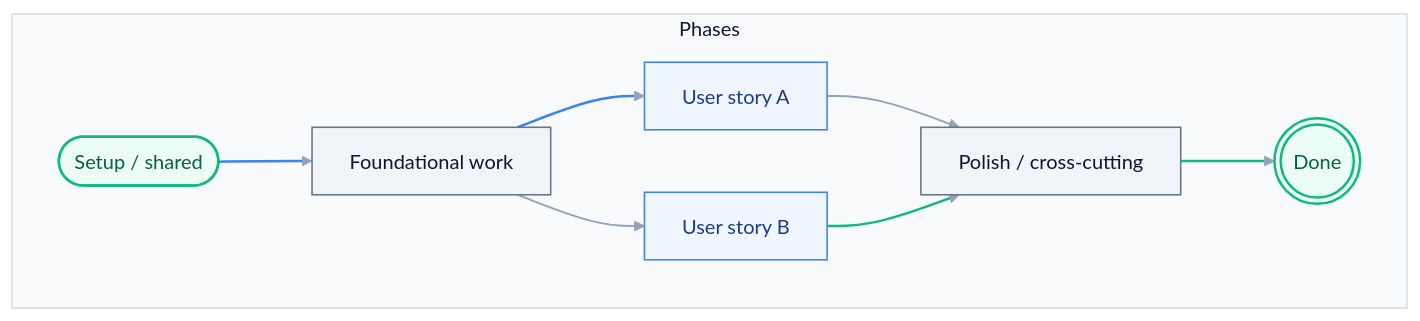
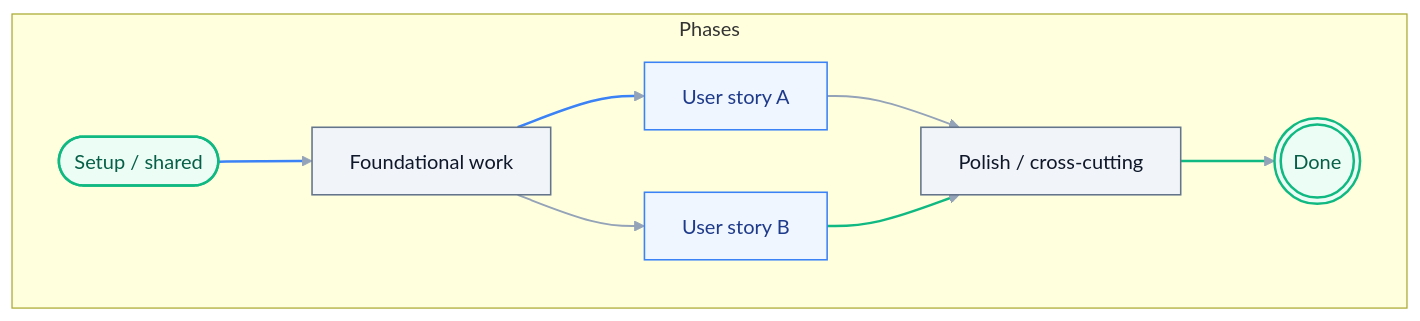
One commit to DanielaRosenn/uiplan-agent-of-agents changed the diagram in templates/uiplan/_tasks-template.md. Above: the diagram before and after it, drawn with Mermaid. The commit also changed 5 other files, not shown here.

First line of the commit message:
uiplan: improve mermaid preview defaults

````diff
--- a/templates/uiplan/_tasks-template.md
+++ b/templates/uiplan/_tasks-template.md
@@ -112,27 +112,26 @@
 ```mermaid
-%%{init: {'theme':'base','themeVariables':{'primaryColor':'#E2E8F0','primaryTextColor':'#0F172A','primaryBorderColor':'#94A3B8','lineColor':'#94A3B8','secondaryColor':'#F1F5F9','tertiaryColor':'#F8FAFC','background':'#FFFFFF','clusterBkg':'#F8FAFC','clusterBorder':'#CBD5E1','titleColor':'#0F172A','edgeLabelBackground':'#FFFFFF','fontFamily':'Inter, ui-sans-serif, system-ui'}}}%%
 flowchart TD
   subgraph Phases["Phases"]
     Setup([Setup / shared]):::start
     Foundation[Foundational work]:::process
     StoryA[User story A]:::service
     StoryB[User story B]:::service
     Polish[Polish / cross-cutting]:::process
     Done(((Done))):::endOk
   end
   Setup --> Foundation
   Foundation --> StoryA
   Foundation --> StoryB
   StoryA --> Polish
   StoryB --> Polish
   Polish --> Done
 
   classDef start    fill:#ECFDF5,stroke:#10B981,color:#065F46,stroke-width:2px
   classDef endOk    fill:#ECFDF5,stroke:#10B981,color:#065F46,stroke-width:2px
   classDef process  fill:#F1F5F9,stroke:#64748B,color:#0F172A,stroke-width:1.25px
   classDef service  fill:#EFF6FF,stroke:#3B82F6,color:#1E3A8A,stroke-width:1.25px
 
   linkStyle default stroke:#94A3B8,stroke-width:1.5px
   linkStyle 0,1 stroke:#3B82F6,stroke-width:2px
   linkStyle 4,5 stroke:#10B981,stroke-width:2px
 ```
````
